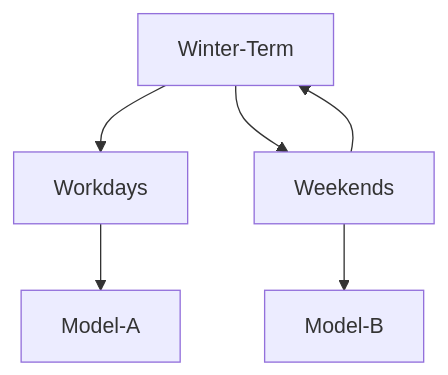
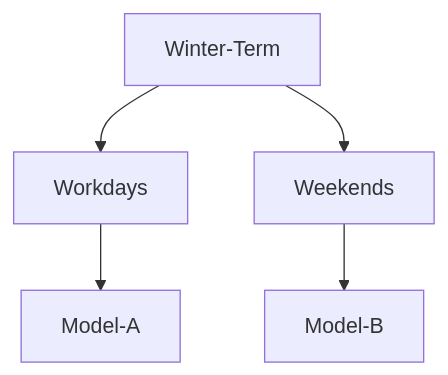
One commit to hajri94/Predictive-Model-for-Heat-Load-in-Buildings-Connected-to-District-Heating-Network changed the diagram in README.md. Above: the diagram before and after it, drawn with Mermaid.

````diff
--- a/README.md
+++ b/README.md
@@ -71,8 +71,8 @@
 ```mermaid
 graph TD;
     Winter-Term-->Workdays;
     Winter-Term-->Weekends;    
     Workdays-->Model-A;        
-    Weekends-->Winter-Term;
+    
     Weekends-->Model-B;
 ```
````
